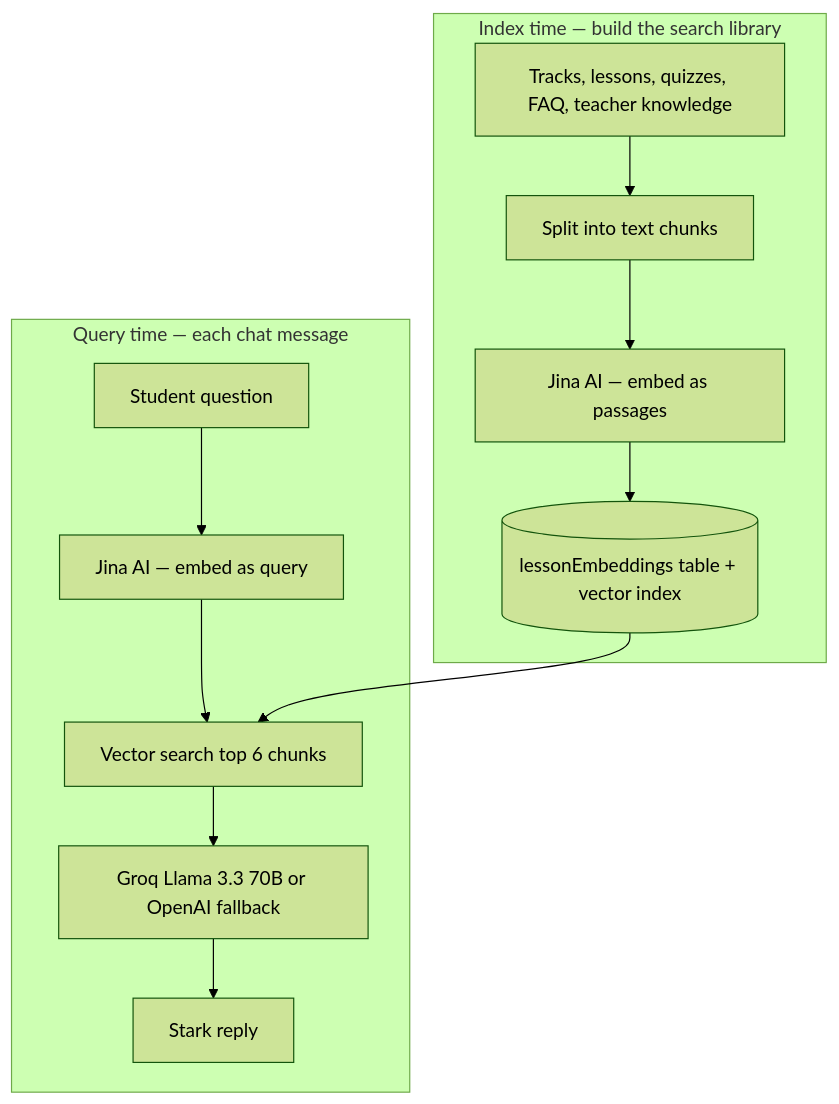
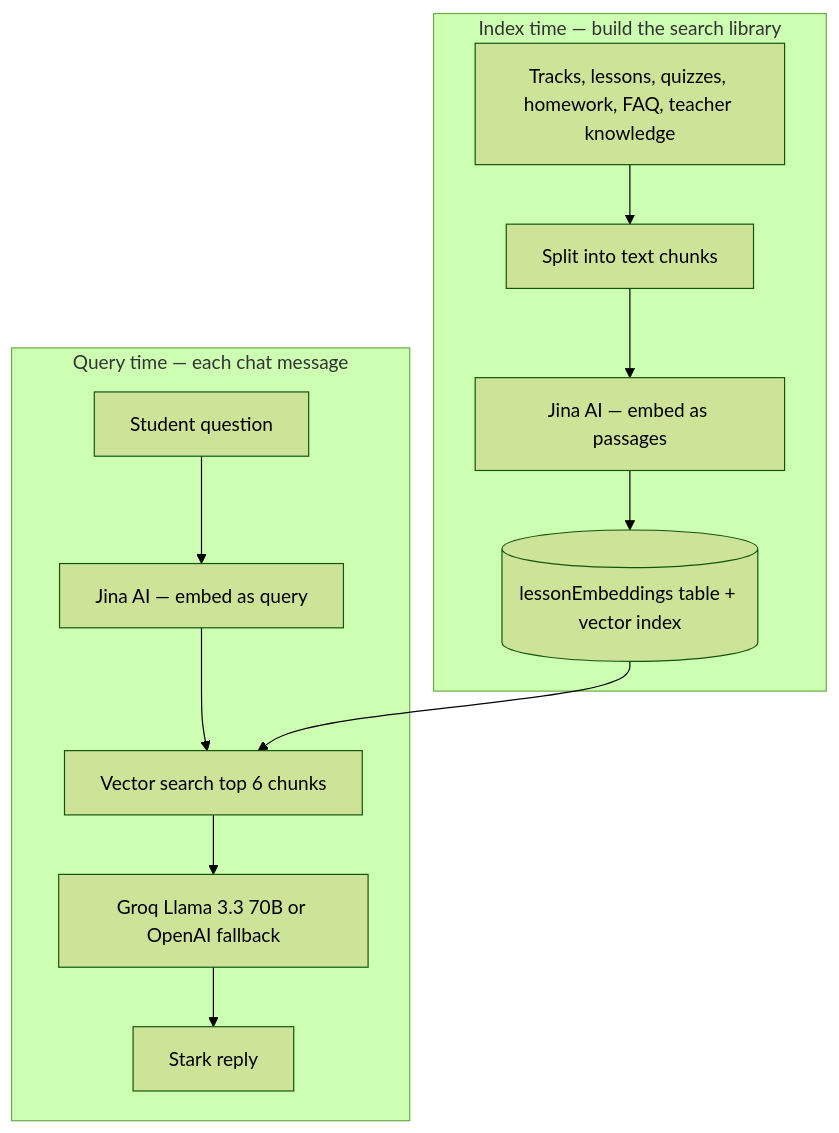
One commit to shawn76ersfan/complxsimplelearn changed the diagram in docs/rag/README.md. Above: the diagram before and after it, drawn with Mermaid (forest theme). The commit also changed other lines of this file and 18 other files, not shown here.

````diff
--- a/docs/rag/README.md
+++ b/docs/rag/README.md
@@ -15,20 +15,20 @@
 ```mermaid
 flowchart TB
   subgraph indexTime [Index time — build the search library]
-    Content[Tracks, lessons, quizzes, FAQ, teacher knowledge]
+    Content[Tracks, lessons, quizzes, homework, FAQ, teacher knowledge]
     Chunk[Split into text chunks]
     JinaDoc[Jina AI — embed as passages]
     DB[(lessonEmbeddings table + vector index)]
     Content --> Chunk --> JinaDoc --> DB
   end
 
   subgraph queryTime [Query time — each chat message]
     Question[Student question]
     JinaQ[Jina AI — embed as query]
     Search[Vector search top 6 chunks]
     LLM[Groq Llama 3.3 70B or OpenAI fallback]
     Answer[Stark reply]
     Question --> JinaQ --> Search --> LLM --> Answer
     DB --> Search
   end
 ```
````
